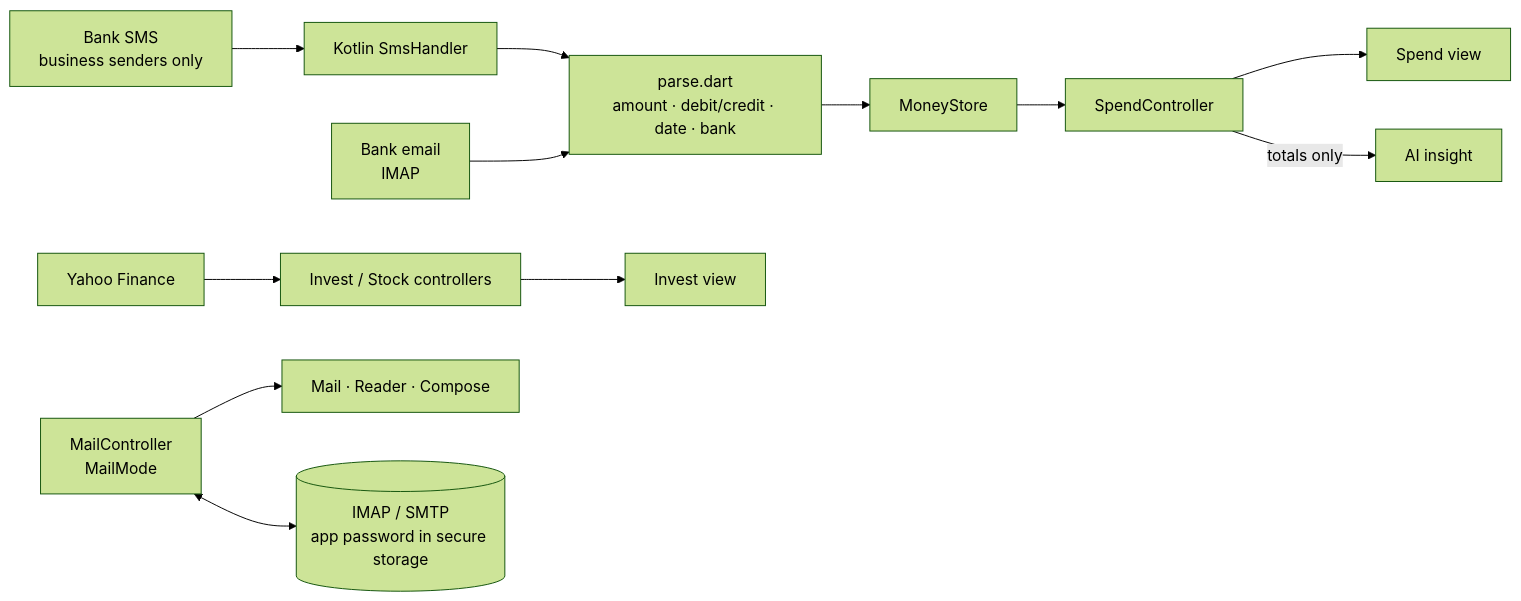
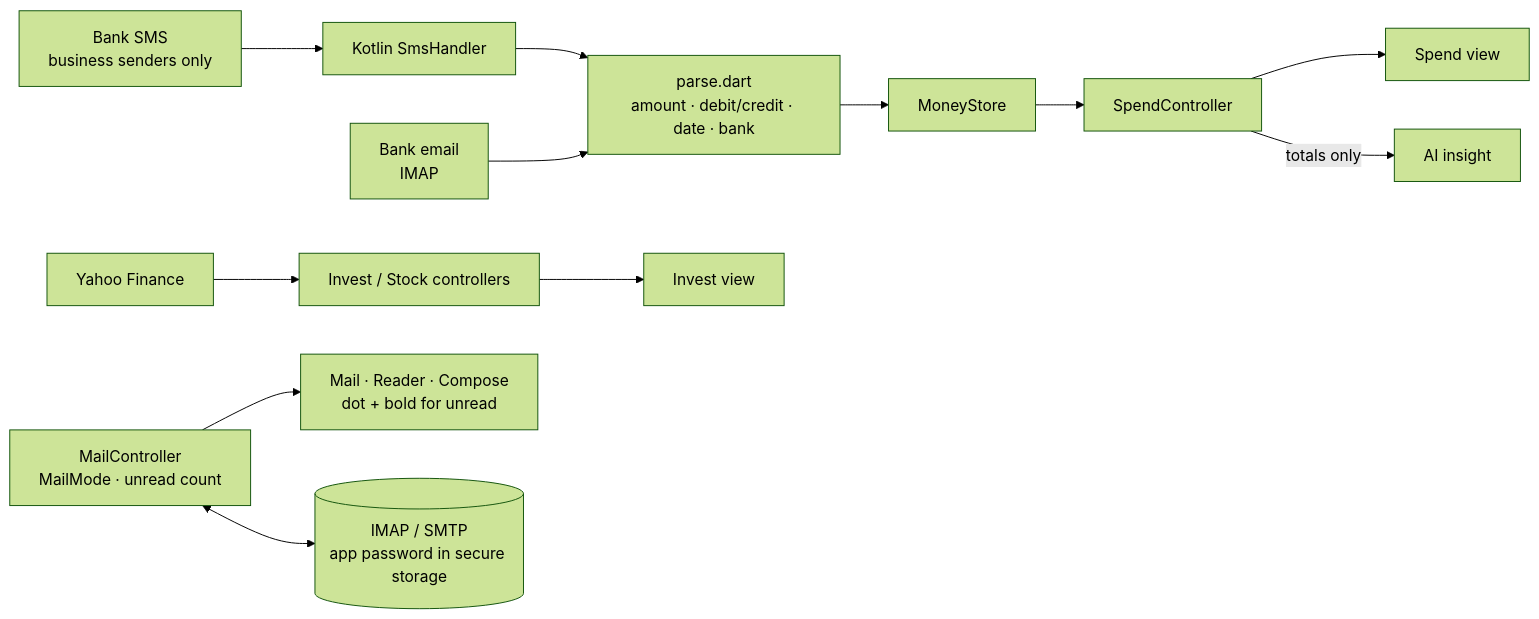
Before and after one commit to raghavpatpatia/Buddy: the fifth of 8 diagrams in README.md, drawn with Mermaid (forest theme). The commit also changed other lines of this file and 29 other files, not shown here.

````diff
--- a/README.md
+++ b/README.md
@@ -158,12 +169,12 @@
 ```mermaid
 flowchart LR
   SMS[Bank SMS<br/>business senders only] --> SH[Kotlin SmsHandler]
   SH --> P[parse.dart<br/>amount · debit/credit · date · bank]
   MAIL[Bank email<br/>IMAP] --> P
   P --> ST[MoneyStore]
   ST --> SC[SpendController] --> SV[Spend view]
   SC -- totals only --> AI[AI insight]
   YF[Yahoo Finance] --> IC[Invest / Stock controllers] --> IV[Invest view]
-  MC[MailController<br/>MailMode] --> MV[Mail · Reader · Compose]
+  MC[MailController<br/>MailMode · unread count] --> MV[Mail · Reader · Compose<br/>dot + bold for unread]
   MC <--> IMAP[(IMAP / SMTP<br/>app password in secure storage)]
 ```
````
